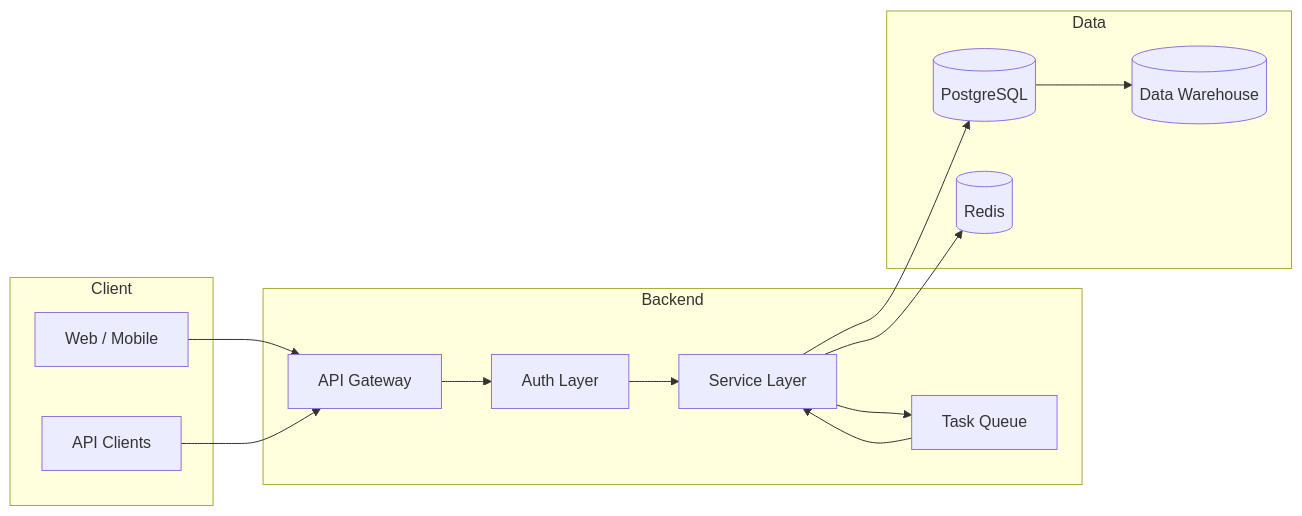
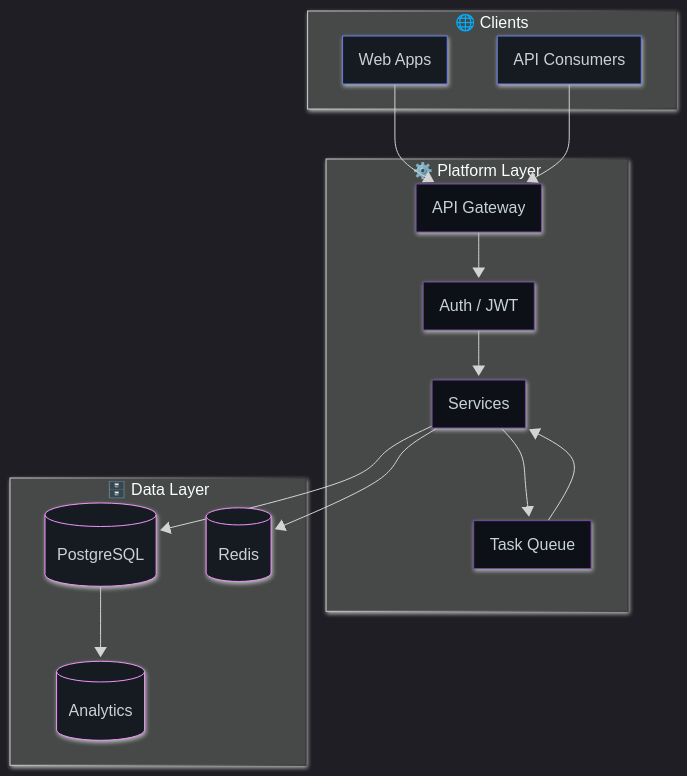
Before and after one commit to abd1bayev/abd1bayev: the diagram in README.md, drawn with Mermaid. The commit also changed other lines of this file and 3 other files, not shown here.

````diff
--- a/README.md
+++ b/README.md
@@ -51,28 +80,39 @@
 ```mermaid
-flowchart LR
-    subgraph Client
-        WEB[Web / Mobile]
-        API_C[API Clients]
+---
+config:
+  theme: dark
+  look: neo
+---
+flowchart TB
+    subgraph Clients["🌐 Clients"]
+        WEB[Web Apps]
+        API_C[API Consumers]
     end
 
-    subgraph Backend
+    subgraph Platform["⚙️ Platform Layer"]
         GW[API Gateway]
-        AUTH[Auth Layer]
-        SVC[Service Layer]
+        AUTH[Auth / JWT]
+        SVC[Services]
         Q[Task Queue]
     end
 
-    subgraph Data
+    subgraph Storage["🗄️ Data Layer"]
         DB[(PostgreSQL)]
         CACHE[(Redis)]
-        DWH[(Data Warehouse)]
+        DWH[(Analytics)]
     end
 
     WEB --> GW
     API_C --> GW
     GW --> AUTH --> SVC
-    SVC --> DB
-    SVC --> CACHE
+    SVC --> DB & CACHE
     SVC --> Q --> SVC
     DB --> DWH
+
+    classDef client fill:#161b22,stroke:#667eea,color:#c9d1d9
+    classDef platform fill:#0d1117,stroke:#764ba2,color:#c9d1d9
+    classDef storage fill:#161b22,stroke:#f093fb,color:#c9d1d9
+    class WEB,API_C client
+    class GW,AUTH,SVC,Q platform
+    class DB,CACHE,DWH storage
 ```
````
